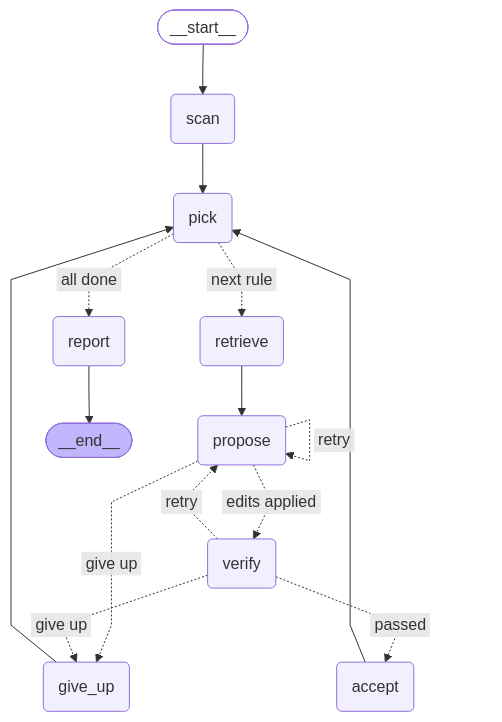
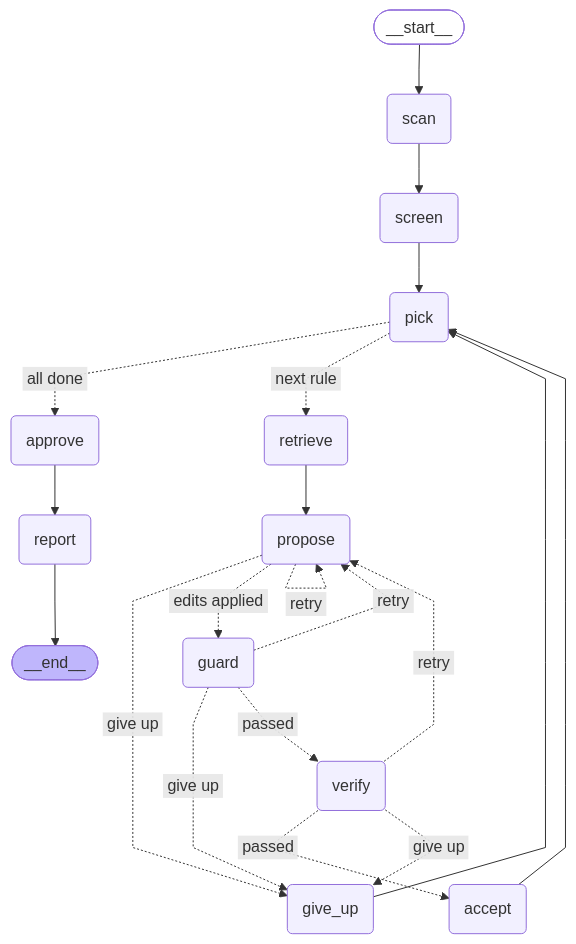
Before and after one commit to Harshit-rai-1506/accessibility-repair-agent: the diagram in docs/02-agent.md, drawn with Mermaid. The commit also changed other lines of this file and 28 other files, not shown here.

````diff
--- a/docs/02-agent.md
+++ b/docs/02-agent.md
@@ -65,35 +65,43 @@
 ```mermaid
 ---
 config:
   flowchart:
     curve: linear
 ---
 graph TD;
 	__start__([<p>__start__</p>]):::first
 	scan(scan)
+	screen(screen)
 	pick(pick)
 	retrieve(retrieve)
 	propose(propose)
+	guard(guard)
 	verify(verify)
 	accept(accept)
 	give_up(give_up)
+	approve(approve)
 	report(report)
 	__end__([<p>__end__</p>]):::last
 	__start__ --> scan;
 	accept --> pick;
+	approve --> report;
 	give_up --> pick;
-	pick -. &nbsp;all done&nbsp; .-> report;
+	guard -. &nbsp;give up&nbsp; .-> give_up;
+	guard -. &nbsp;retry&nbsp; .-> propose;
+	guard -. &nbsp;passed&nbsp; .-> verify;
+	pick -. &nbsp;all done&nbsp; .-> approve;
 	pick -. &nbsp;next rule&nbsp; .-> retrieve;
 	propose -. &nbsp;give up&nbsp; .-> give_up;
-	propose -. &nbsp;edits applied&nbsp; .-> verify;
+	propose -. &nbsp;edits applied&nbsp; .-> guard;
 	retrieve --> propose;
-	scan --> pick;
+	scan --> screen;
+	screen --> pick;
 	verify -. &nbsp;passed&nbsp; .-> accept;
 	verify -. &nbsp;give up&nbsp; .-> give_up;
 	verify -. &nbsp;retry&nbsp; .-> propose;
 	report --> __end__;
 	propose -. &nbsp;retry&nbsp; .-> propose;
 	classDef default fill:#f2f0ff,line-height:1.2
 	classDef first fill-opacity:0
 	classDef last fill:#bfb6fc
 ```
````
